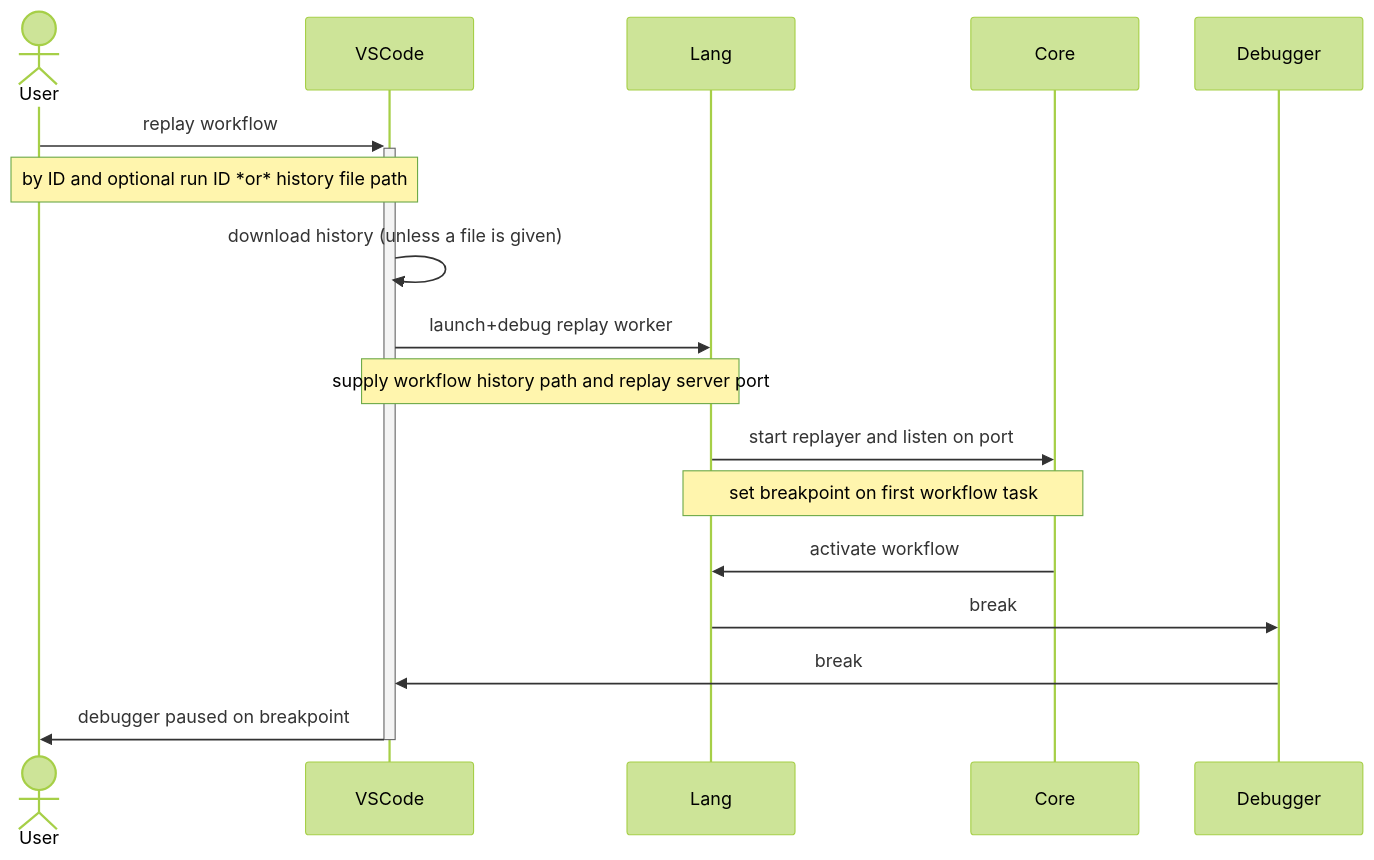
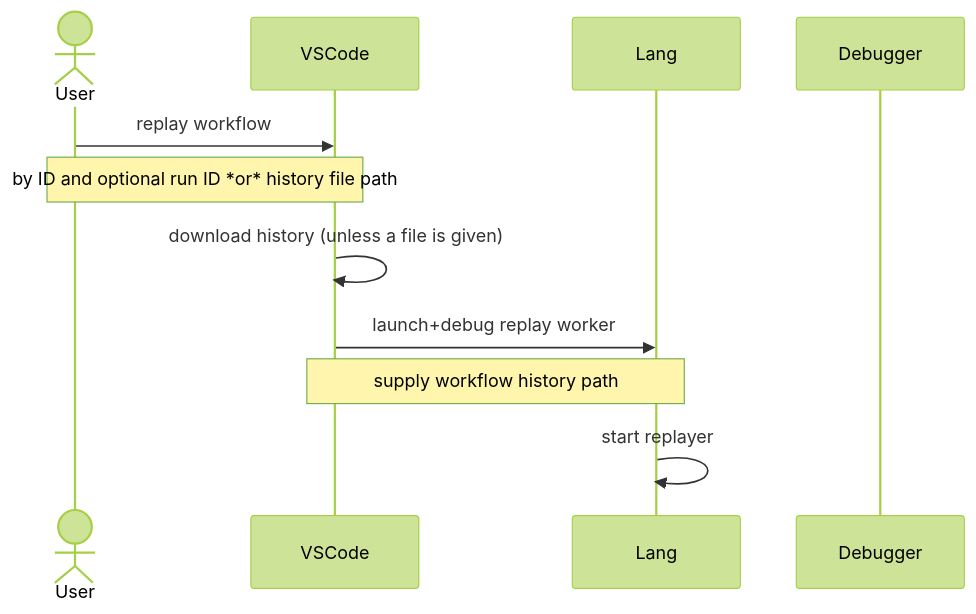
The first of 2 diagrams in debugger.md (temporalio/proposals), drawn with Mermaid (forest theme) before and after one commit. The commit also changed other lines of this file, not shown here.

````diff
--- a/debugger.md
+++ b/debugger.md
@@ -116,20 +122,14 @@
 ```mermaid
 sequenceDiagram
     actor User
     participant VSCode
     participant Lang
-    participant Core
     participant Debugger
 
-    User->>+VSCode: replay workflow
+    User->>VSCode: replay workflow
     Note over User,VSCode: by ID and optional run ID *or* history file path
     VSCode->>VSCode: download history (unless a file is given)
     VSCode->>Lang: launch+debug replay worker
-    Note over VSCode,Lang: supply workflow history path and replay server port
-    Lang->>Core: start replayer and listen on port
-    Note over Lang,Core: set breakpoint on first workflow task
-    Core->>Lang: activate workflow
-    Lang->>Debugger: break
-    Debugger->>VSCode: break
-    VSCode->>-User: debugger paused on breakpoint
+    Note over VSCode,Lang: supply workflow history path
+    Lang->>Lang: start replayer
 ```
````
